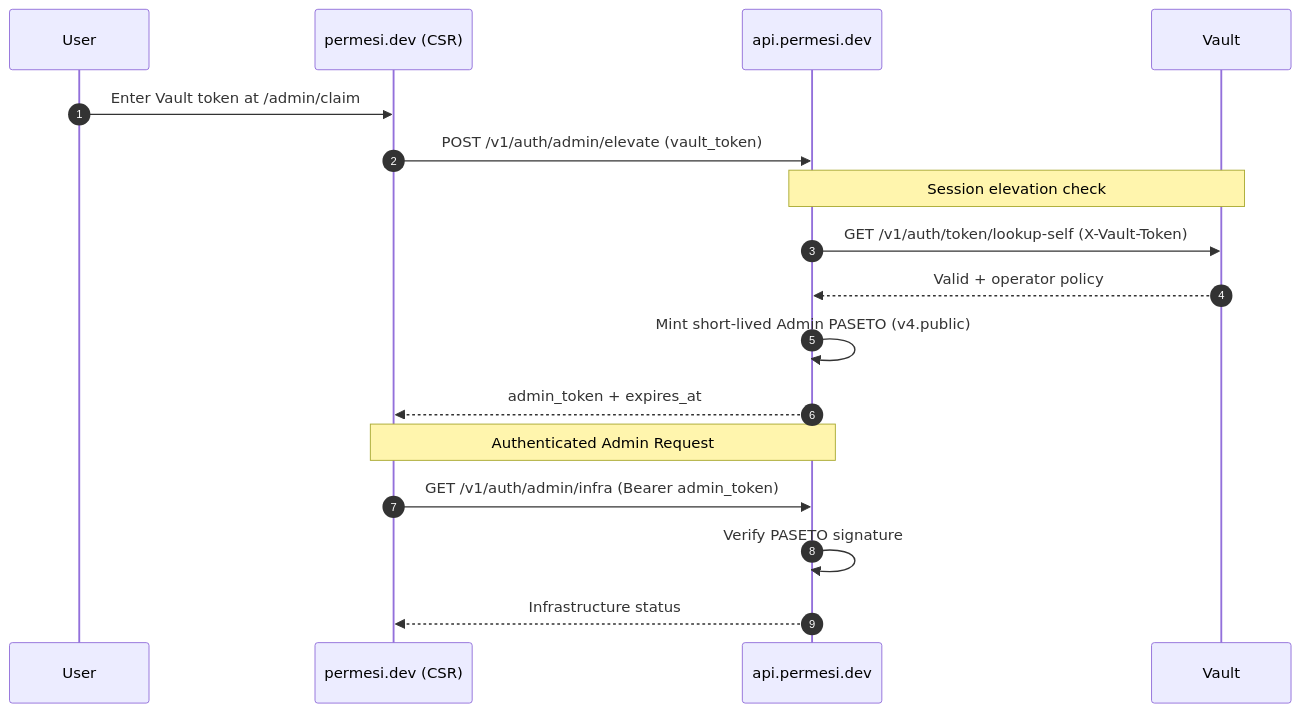
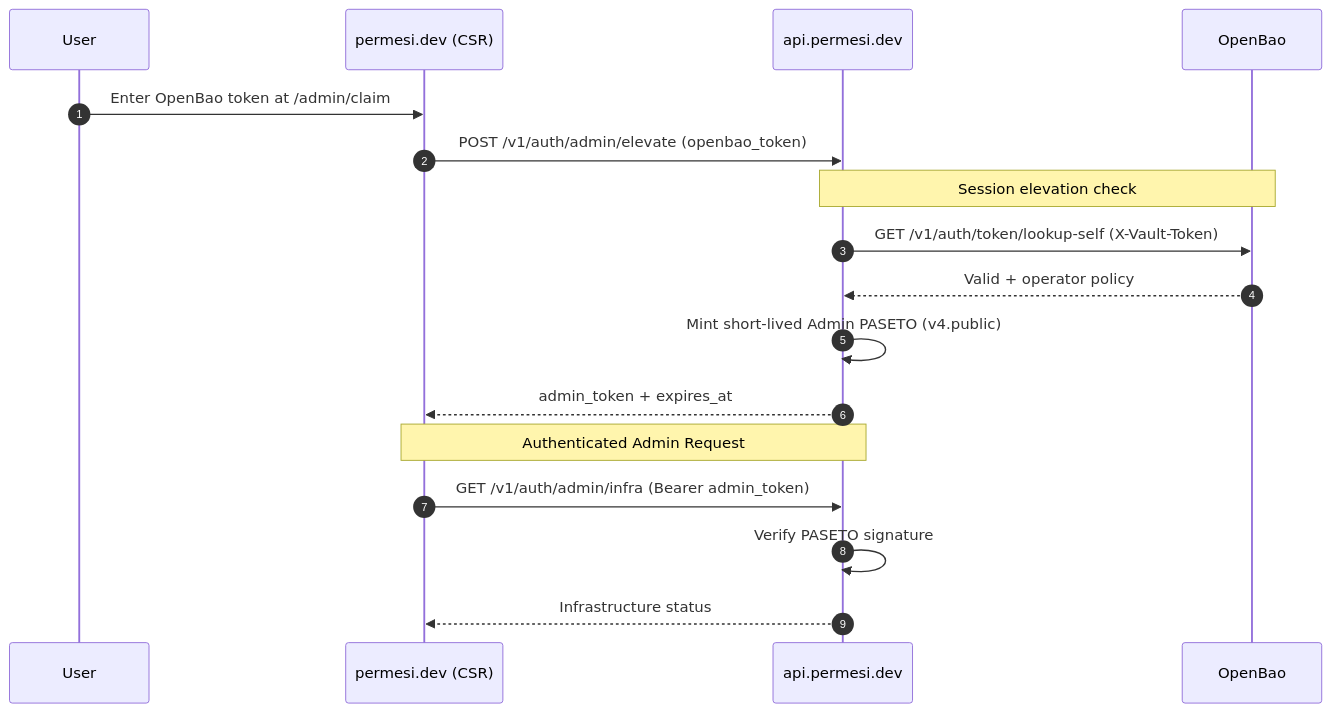
Before and after one commit to permesi/permesi: the second of 2 diagrams in apps/web/README.md, drawn with Mermaid. The commit also changed other lines of this file and 220 other files, not shown here.

First line of the commit message:
Replace HashiCorp Vault with OpenBao

````diff
--- a/apps/web/README.md
+++ b/apps/web/README.md
@@ -272,21 +272,21 @@
   ```mermaid
   sequenceDiagram
     autonumber
     participant User
     participant Web as permesi.dev (CSR)
     participant API as api.permesi.dev
-    participant Vault
+    participant OpenBao
   
-    User->>Web: Enter Vault token at /admin/claim
-    Web->>API: POST /v1/auth/admin/elevate (vault_token)
-    Note over API,Vault: Session elevation check
-    API->>Vault: GET /v1/auth/token/lookup-self (X-Vault-Token)
-    Vault-->>API: Valid + operator policy
+    User->>Web: Enter OpenBao token at /admin/claim
+    Web->>API: POST /v1/auth/admin/elevate (openbao_token)
+    Note over API,OpenBao: Session elevation check
+    API->>OpenBao: GET /v1/auth/token/lookup-self (X-Vault-Token)
+    OpenBao-->>API: Valid + operator policy
     API->>API: Mint short-lived Admin PASETO (v4.public)
     API-->>Web: admin_token + expires_at
   
     Note over Web,API: Authenticated Admin Request
     Web->>API: GET /v1/auth/admin/infra (Bearer admin_token)
     API->>API: Verify PASETO signature
     API-->>Web: Infrastructure status
   ```
````
